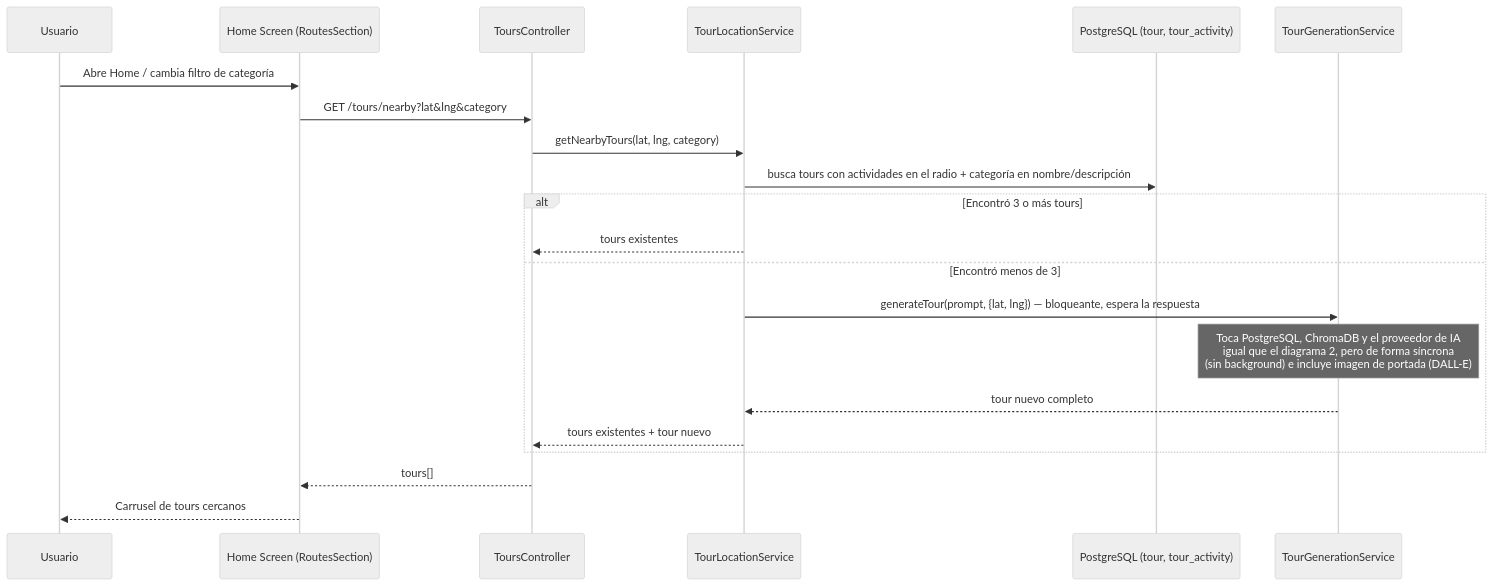
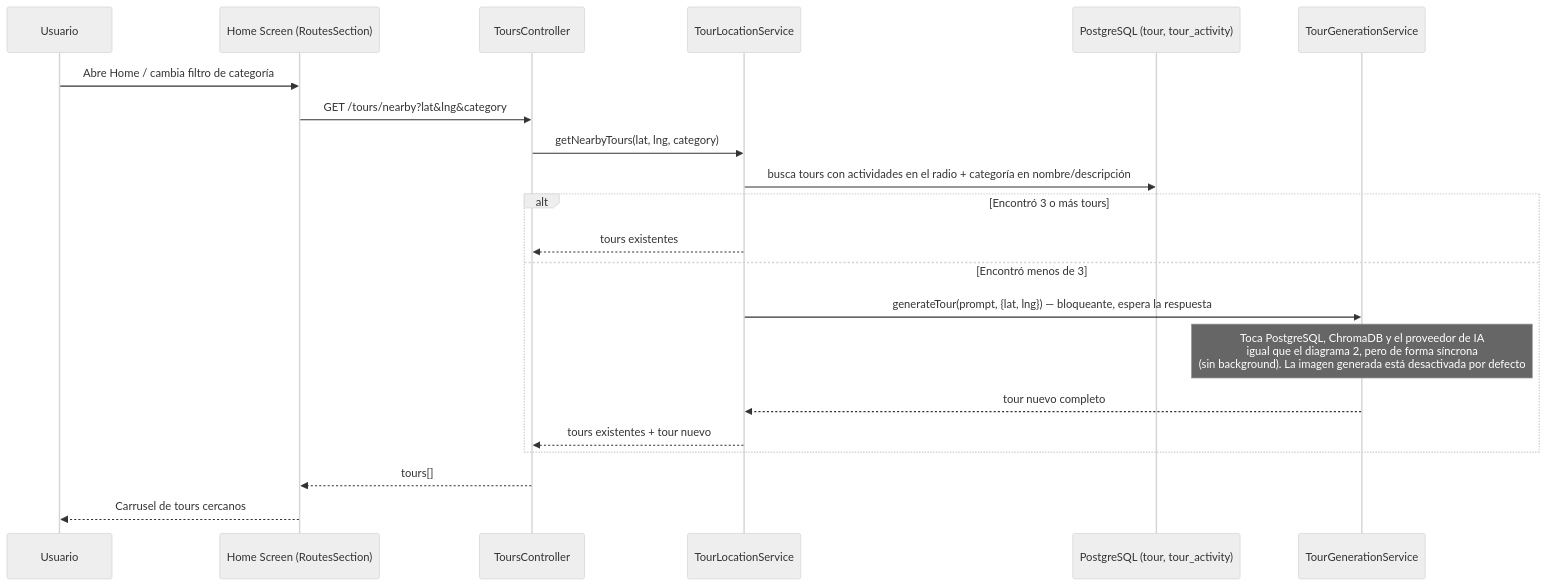
Before and after one commit to entity-builders-labs/zig-zag: the fifth of 5 diagrams in README.md, drawn with Mermaid (neutral theme). The commit also changed other lines of this file and 46 other files, not shown here.

````diff
--- a/README.md
+++ b/README.md
@@ -200,24 +201,24 @@
 ```mermaid
 sequenceDiagram
     participant U as Usuario
     participant Home as Home Screen (RoutesSection)
     participant API as ToursController
     participant Loc as TourLocationService
     participant DB as PostgreSQL (tour, tour_activity)
     participant Gen as TourGenerationService
 
     U->>Home: Abre Home / cambia filtro de categoría
     Home->>API: GET /tours/nearby?lat&lng&category
     API->>Loc: getNearbyTours(lat, lng, category)
     Loc->>DB: busca tours con actividades en el radio + categoría en nombre/descripción
     alt Encontró 3 o más tours
         Loc-->>API: tours existentes
     else Encontró menos de 3
         Loc->>Gen: generateTour(prompt, {lat, lng}) — bloqueante, espera la respuesta
-        Note over Gen: Toca PostgreSQL, ChromaDB y el proveedor de IA<br/>igual que el diagrama 2, pero de forma síncrona<br/>(sin background) e incluye imagen de portada (DALL-E)
+        Note over Gen: Toca PostgreSQL, ChromaDB y el proveedor de IA<br/>igual que el diagrama 2, pero de forma síncrona<br/>(sin background). La imagen generada está desactivada por defecto
         Gen-->>Loc: tour nuevo completo
         Loc-->>API: tours existentes + tour nuevo
     end
     API-->>Home: tours[]
     Home-->>U: Carrusel de tours cercanos
 ```
````
